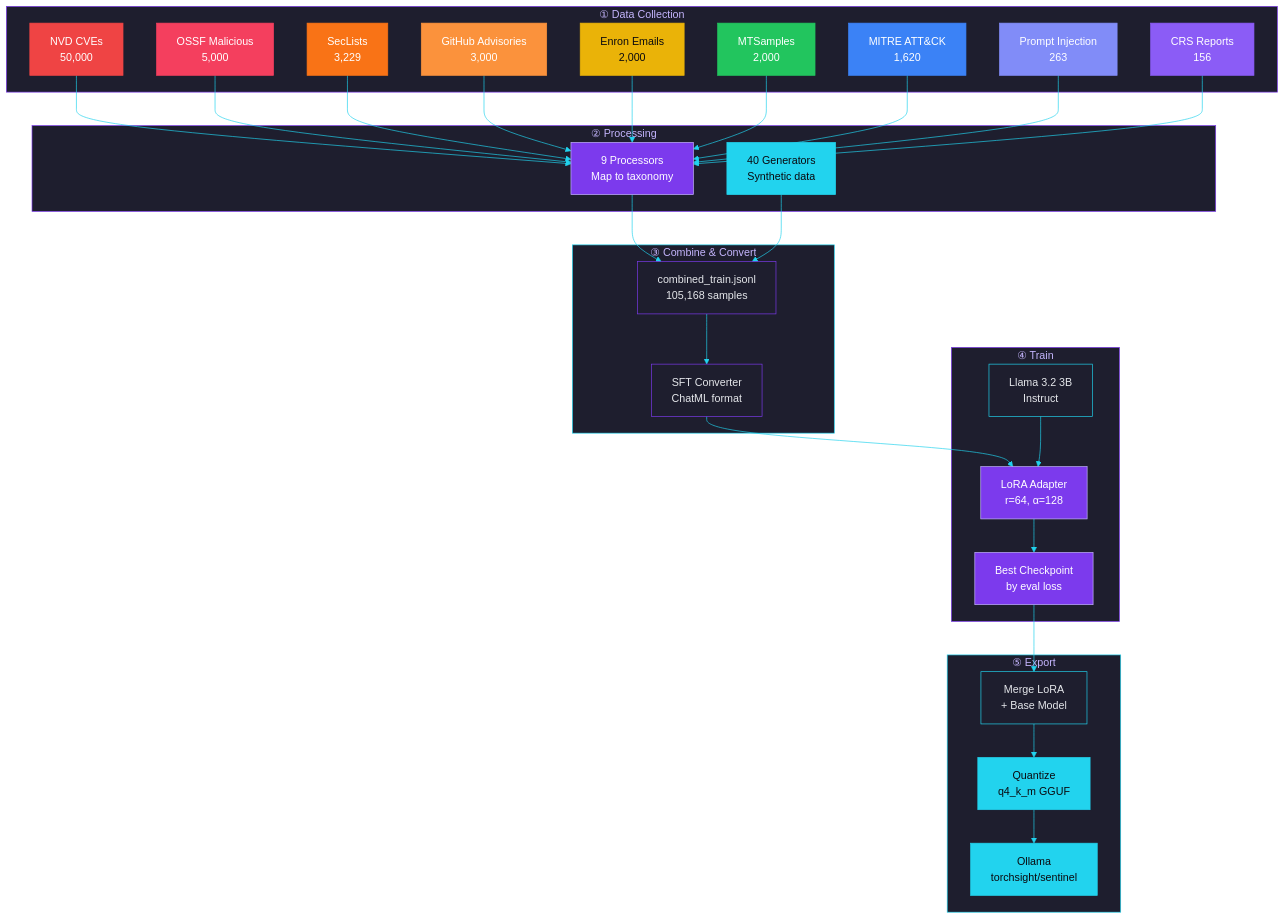
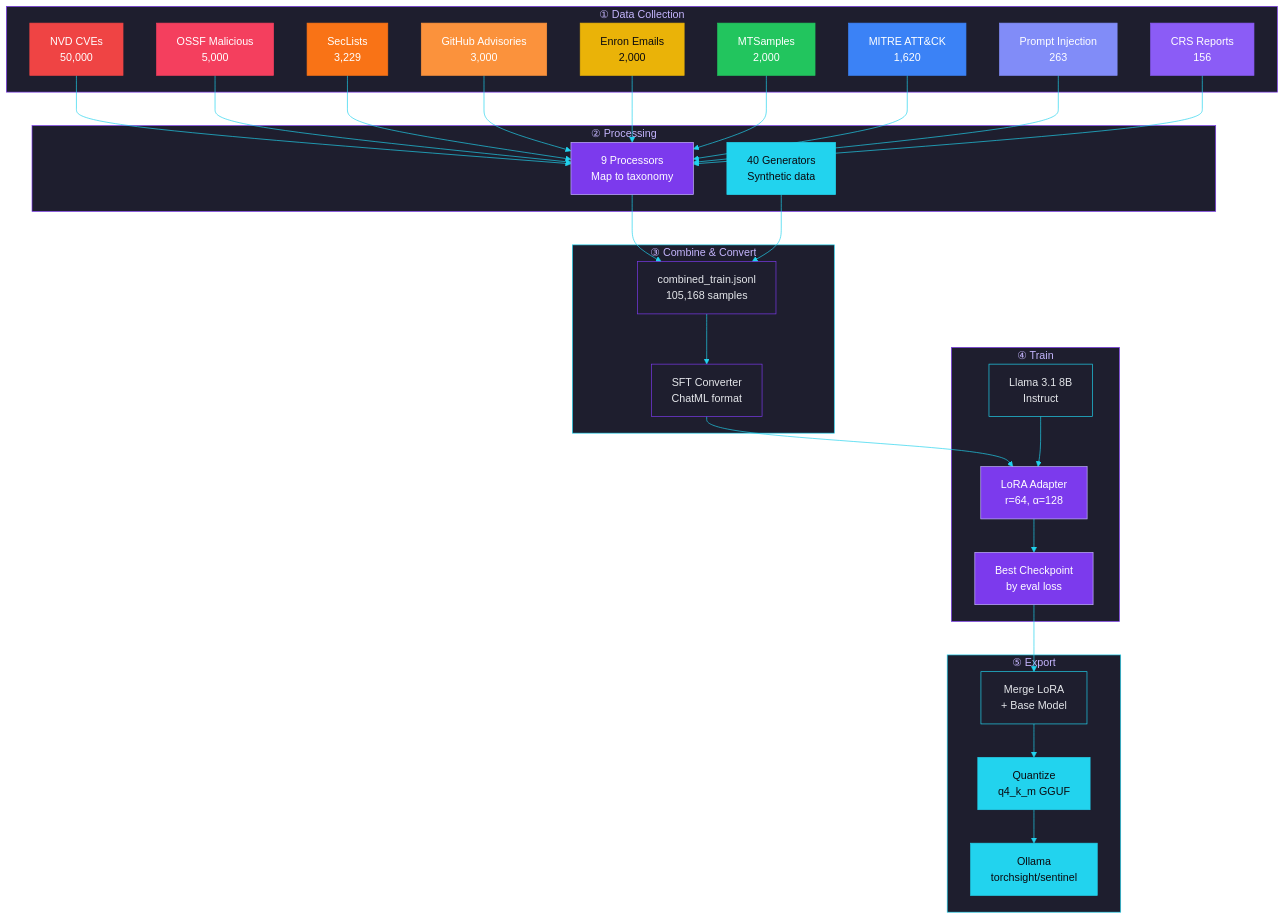
One commit to IvanDobrovolsky/torchsight changed the second of 6 diagrams in training/MODEL_CARD.md. Above: the diagram before and after it, drawn with Mermaid. The commit also changed other lines of this file and 3 other files, not shown here.

```diff
--- a/training/MODEL_CARD.md
+++ b/training/MODEL_CARD.md
@@ -98,7 +98,7 @@
     end
 
     subgraph TRAIN ["④ Train"]
-        BASE["Llama 3.2 3B<br/>Instruct"]
+        BASE["Llama 3.1 8B<br/>Instruct"]
         LORA["LoRA Adapter<br/>r=64, α=128"]
         BEST["Best Checkpoint<br/>by eval loss"]
     end
```
